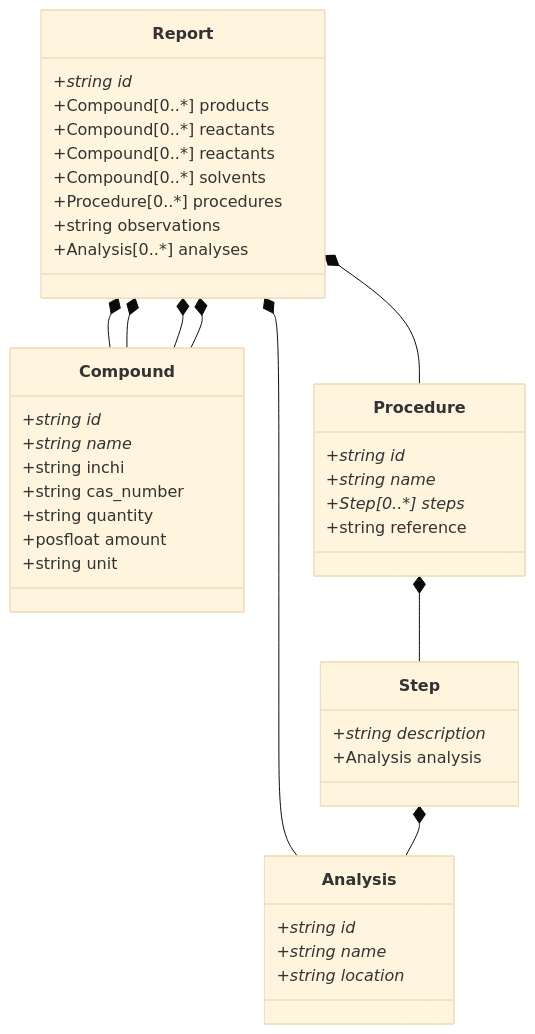
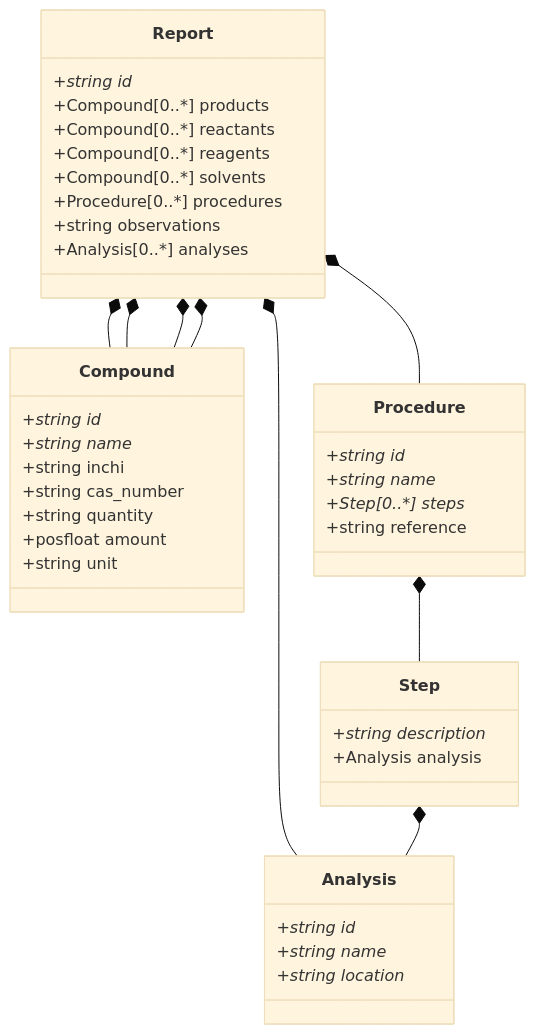
Before and after one commit to FAIRChemistry/datamodel_a03: the diagram in DatamodelA03/schemes/CRC 1333 project A03, Lotsch group.md, drawn with Mermaid (base theme). The commit also changed 6 other files, not shown here.

````diff
--- a/DatamodelA03/schemes/CRC 1333 project A03, Lotsch group.md
+++ b/DatamodelA03/schemes/CRC 1333 project A03, Lotsch group.md
@@ -1,51 +1,51 @@
 ```mermaid
 classDiagram
     Report *-- Compound
     Report *-- Compound
     Report *-- Compound
     Report *-- Compound
     Report *-- Procedure
     Report *-- Analysis
     Procedure *-- Step
     Step *-- Analysis
     
     class Report {
         +string id*
         +Compound[0..*] products
         +Compound[0..*] reactants
-        +Compound[0..*] reactants
+        +Compound[0..*] reagents
         +Compound[0..*] solvents
         +Procedure[0..*] procedures
         +string observations
         +Analysis[0..*] analyses
     }
     
     class Compound {
         +string id*
         +string name*
         +string inchi
         +string cas_number
         +string quantity
         +posfloat amount
         +string unit
     }
     
     class Procedure {
         +string id*
         +string name*
         +Step[0..*] steps*
         +string reference
     }
     
     class Step {
         +string description*
         +Analysis analysis
     }
     
     class Analysis {
         +string id*
         +string name*
         +string location*
     }
     
 ```
````
